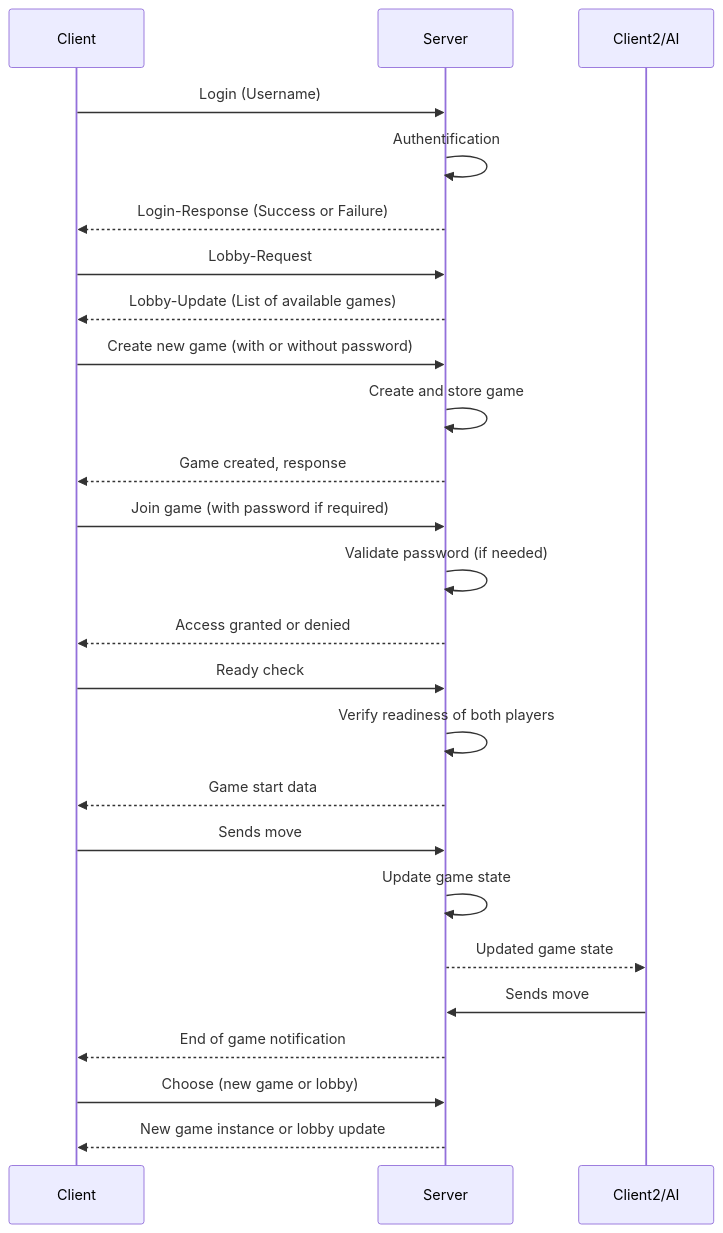
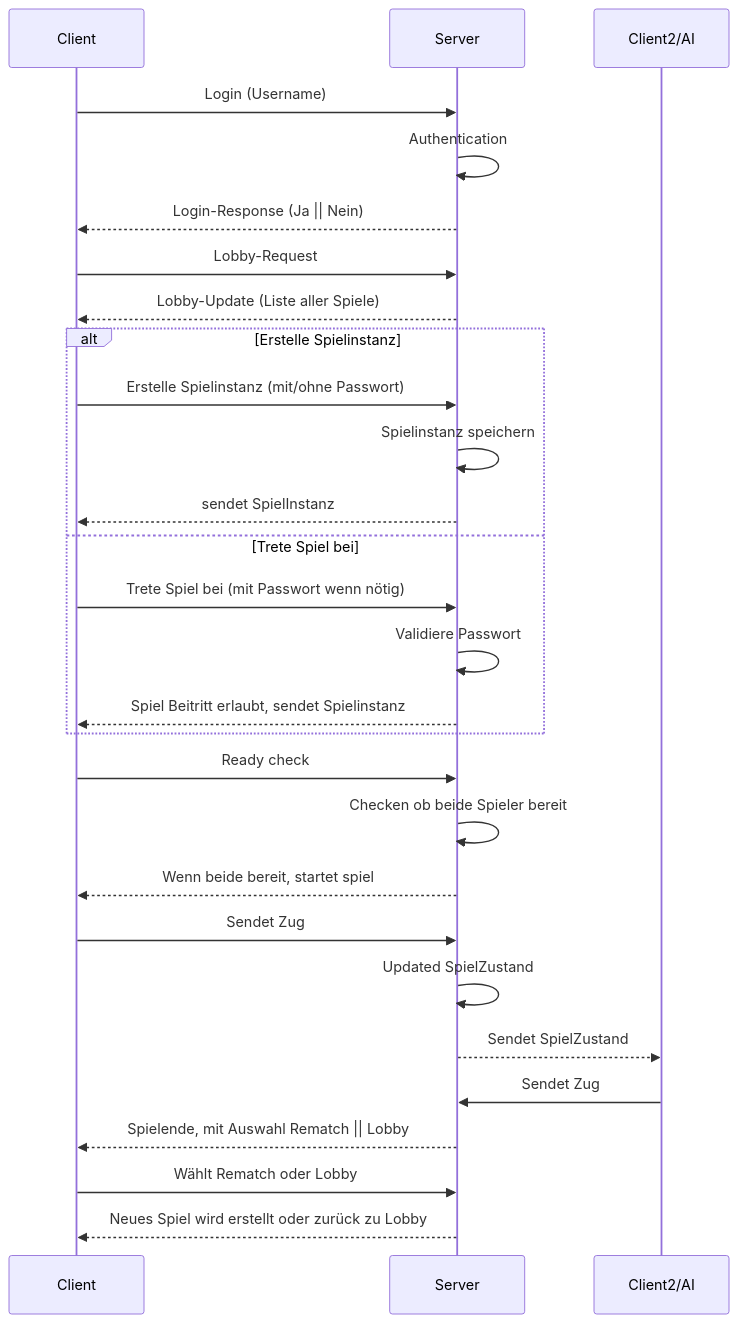
Before and after one commit to zabooz/BattleShips: the diagram in docs/mermaid.md, drawn with Mermaid. The commit also changed 1 other file, not shown here.

Commit message:
Pflichtenheft und mermaid überarbeitet

````diff
--- a/docs/mermaid.md
+++ b/docs/mermaid.md
@@ -2,32 +2,33 @@
 ```mermaid
 sequenceDiagram
+    Client->>Server: Login (Username)
+    Server->>Server: Authentication
+    Server -->>Client: Login-Response (Ja || Nein)
 
+    Client->>Server: Lobby-Request
+    Server-->>Client: Lobby-Update (Liste aller Spiele)
 
-Client->>Server: Login (Username)
-Server->>Server: Authentification
-Server -->>Client: Login-Response (Success or Failure)
+    alt Erstelle Spielinstanz
+        Client->>Server: Erstelle Spielinstanz (mit/ohne Passwort)
+        Server->>Server: Spielinstanz speichern
+        Server-->>Client: sendet SpielInstanz
+    else Trete Spiel bei
+        Client->>Server: Trete Spiel bei (mit Passwort wenn nötig)
+        Server->>Server: Validiere Passwort
+        Server-->>Client: Spiel Beitritt erlaubt, sendet Spielinstanz
+    end
 
-Client->>Server: Lobby-Request
-Server-->>Client: Lobby-Update (List of available games)
+    Client->>Server: Ready check
+    Server->>Server: Checken ob beide Spieler bereit
+    Server-->>Client: Wenn beide bereit, startet spiel
 
-Client->>Server: Create new game (with or without password)
-Server->>Server: Create and store game
-Server-->>Client: Game created, response
+    Client->>Server: Sendet Zug
+    Server->>Server: Updated SpielZustand
+    Server-->>Client2/AI: Sendet SpielZustand
+    Client2/AI->>Server: Sendet Zug
 
-Client->>Server: Join game (with password if required)
-Server->>Server: Validate password (if needed)
-Server-->>Client: Access granted or denied
+    Server-->>Client: Spielende, mit Auswahl Rematch || Lobby
+    Client->>Server: Wählt Rematch oder Lobby
+    Server-->>Client: Neues Spiel wird erstellt oder zurück zu Lobby
 
-Client->>Server: Ready check
-Server->>Server: Verify readiness of both players
-Server-->>Client: Game start data
-
-Client->> Server: Sends move
-Server->>Server: Update game state
-Server-->>Client2/AI: Updated game state
-Client2/AI->> Server: Sends move
-
-Server-->>Client: End of game notification
-Client->>Server: Choose (new game or lobby)
-Server-->>Client: New game instance or lobby update
 ```
````
